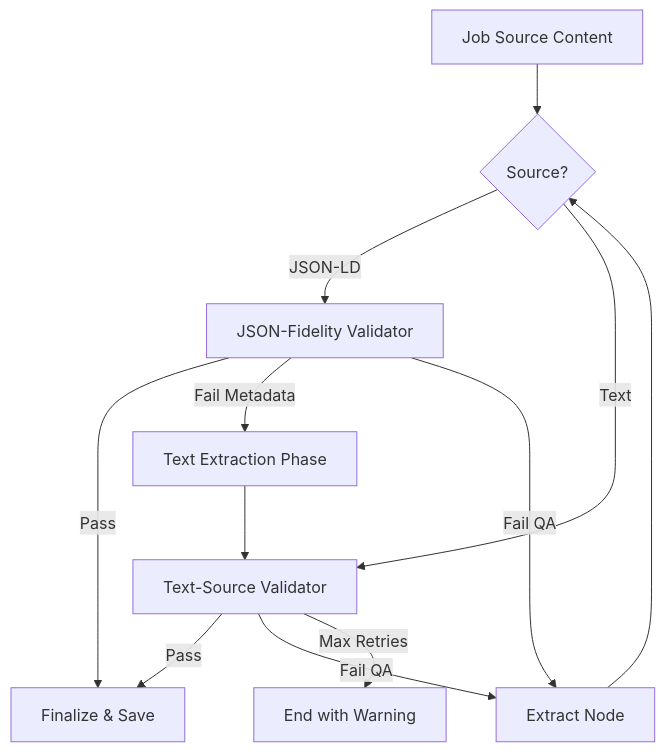
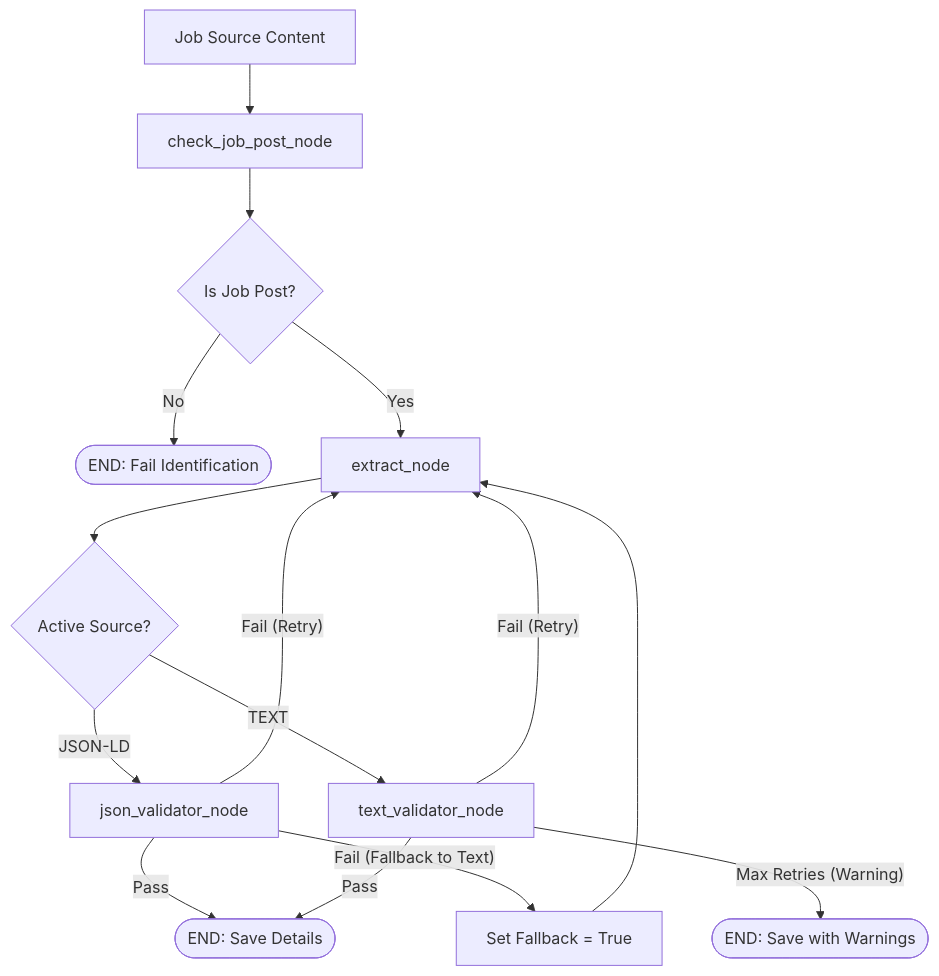
One commit to yicheinchang/lard changed the first of 2 diagrams in backend/README.md. Above: the diagram before and after it, drawn with Mermaid. The commit also changed other lines of this file and 5 other files, not shown here.

````diff
--- a/backend/README.md
+++ b/backend/README.md
@@ -98,20 +98,19 @@
 ```mermaid
 graph TD
-    Source["Job Source Content"] --> Mode{"Initial Path?"}
+    Source["Job Source Content"] --> Check["check_job_post_node"]
+    Check --> RouteCheck{"Is Job Post?"}
+    RouteCheck -- No --> END_FAIL([END: Fail Identification])
+    RouteCheck -- Yes --> Extract["extract_node"]
     
+    Extract --> RouteVal{"Active Source?"}
+    RouteVal -- "JSON-LD" --> JSONVal["json_validator_node"]
+    RouteVal -- "TEXT" --> TextVal["text_validator_node"]
     
+    JSONVal -- Pass --> END_SUCCESS([END: Save Details])
+    JSONVal -- "Fail (Fallback to Text)" --> Fallback["Set Fallback = True"] --> Extract
+    JSONVal -- "Fail (Retry)" --> Extract
     
-    Extract[Extract Node] --> Mode{Source?}
-    Mode -- JSON-LD --> JSONVal[JSON-Fidelity Validator]
-    Mode -- Text --> TextVal[Text-Source Validator]
-    
-    JSONVal -- Pass --> END
-    JSONVal -- Fail Metadata --> TextExt[Text Extraction Phase] --> TextVal
-    JSONVal -- Fail QA --> Extract
-    
-    TextVal -- Pass --> END
-    TextVal -- Fail QA --> Extract
-    TextVal -- Max Retries --> WARN[End with Warning]
-    
-    END[Finalize & Save]
+    TextVal -- Pass --> END_SUCCESS
+    TextVal -- "Fail (Retry)" --> Extract
+    TextVal -- "Max Retries (Warning)" --> END_WARN([END: Save with Warnings])
 ```
````
